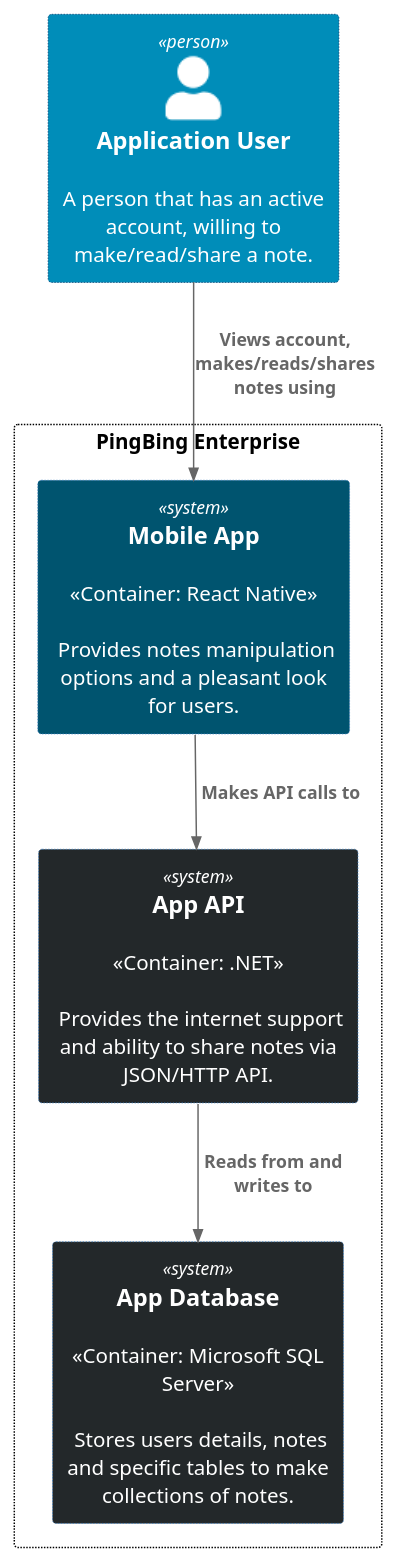
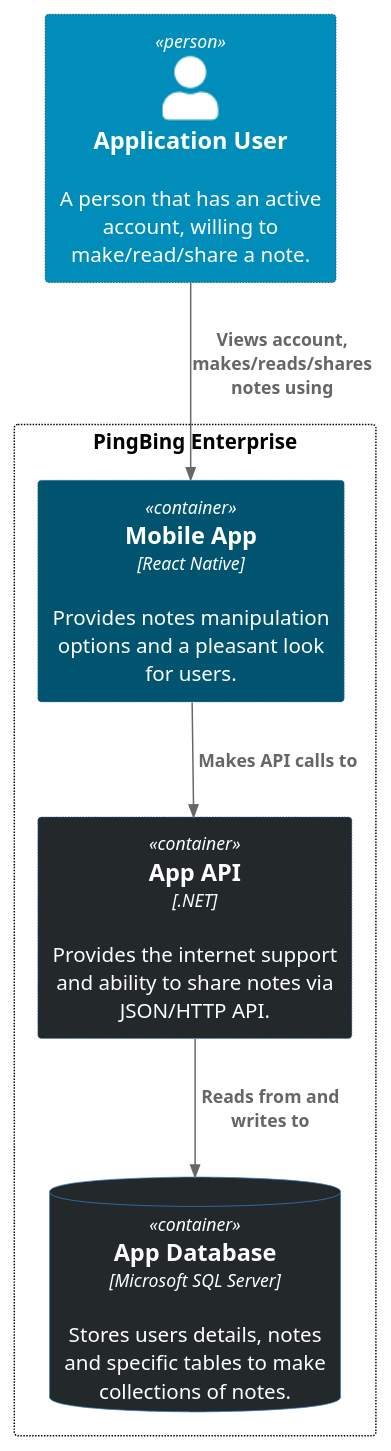
One commit to unibuc-cs/software-engineering-product-pingbing changed the diagram in diagrams/code/container_diagram.puml. Above: the diagram before and after it, drawn with PlantUML. The commit also changed 3 other files, not shown here.

Commit message:
Updated diagrams

```diff
--- a/diagrams/code/container_diagram.puml
+++ b/diagrams/code/container_diagram.puml
@@ -1,22 +1,23 @@
 @startuml diagrame
 !include https://raw.githubusercontent.com/plantuml-stdlib/C4-PlantUML/master/C4_Context.puml
+!include https://raw.githubusercontent.com/plantuml-stdlib/C4-PlantUML/master/C4_Container.puml
 
 skinparam rectangle {
     BorderColor Black
     BorderStyle Dotted
     Padding 35
 }
 
 Person(user, "Application User", "A person that has an active account, willing to make/read/share a note.") #008DB9
 
 rectangle "PingBing Enterprise" as boundary {
-    System(appSystem, "Mobile App", "<<Container: React Native>>\n\n Provides notes manipulation options and a pleasant look for users.") #00546f
-    System(apiSystem, "App API", "<<Container: .NET>>\n\n Provides the internet support and ability to share notes via JSON/HTTP API.") #23282a
-    System(dataBaseSystem, "App Database", "<<Container: Microsoft SQL Server>>\n\n Stores users details, notes and specific tables to make collections of notes.") #23282a
+    Container(mobileApp, "Mobile App", "React Native", "Provides notes manipulation options and a pleasant look for users.") #00546f
+    Container(api, "App API", ".NET", "Provides the internet support and ability to share notes via JSON/HTTP API.") #23282a
+    ContainerDb(dataBase, "App Database", "Microsoft SQL Server", "Stores users details, notes and specific tables to make collections of notes.") #23282a
 }
 
-Rel(user, appSystem, "Views account, makes/reads/shares notes using") 
-Rel(appSystem, apiSystem, " Makes API calls to") 
-Rel(apiSystem, dataBaseSystem, " Reads from and\n writes to") 
+Rel(user, mobileApp, "Views account, makes/reads/shares notes using")
+Rel(mobileApp, api, " Makes API calls to")
+Rel(api, dataBase, " Reads from and\n writes to")
 
 @enduml
```
